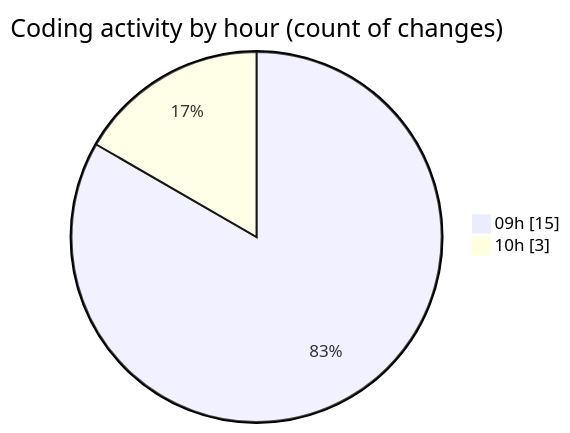
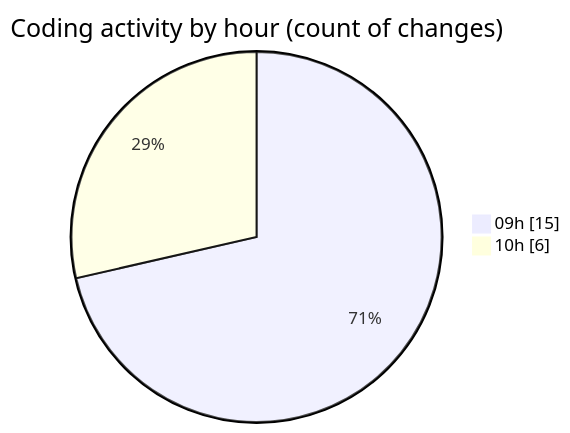
One commit to lephambinh05/code-tracking changed the second of 2 diagrams in 2025-09-16/datanv/README.md. Above: the diagram before and after it, drawn with Mermaid. The commit also changed other lines of this file and 1 other file, not shown here.

````diff
--- a/2025-09-16/datanv/README.md
+++ b/2025-09-16/datanv/README.md
@@ -35,6 +35,6 @@
 ```mermaid
 pie showData
 title Coding activity by hour (count of changes)
 "09h" : 15
-"10h" : 3
+"10h" : 6
 ```
````
